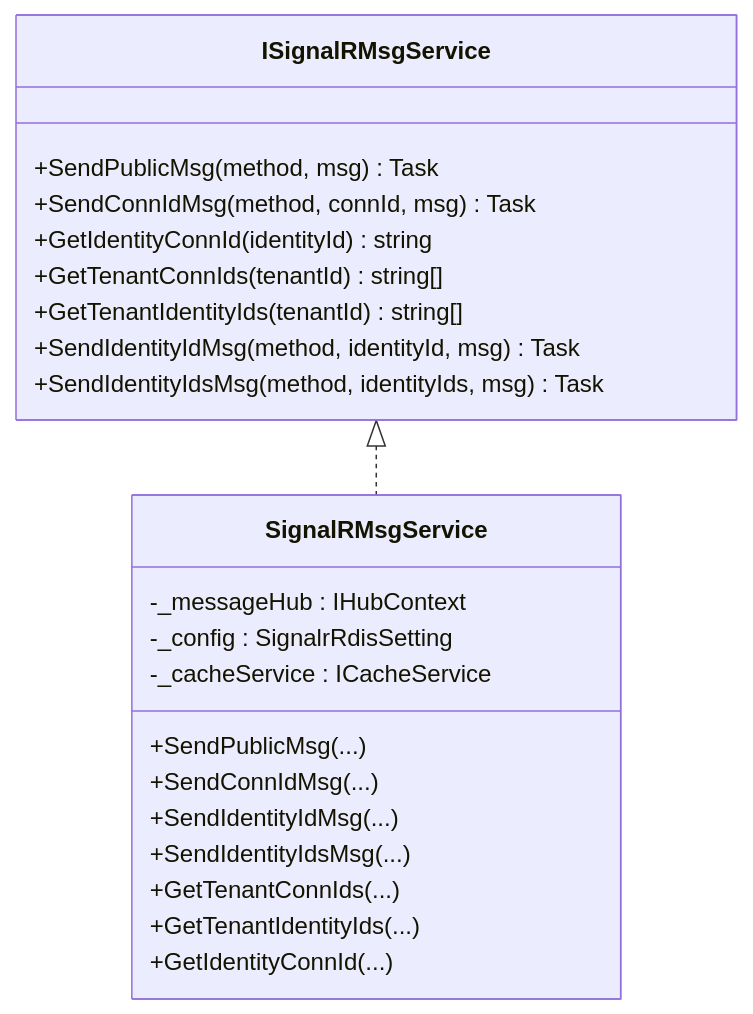
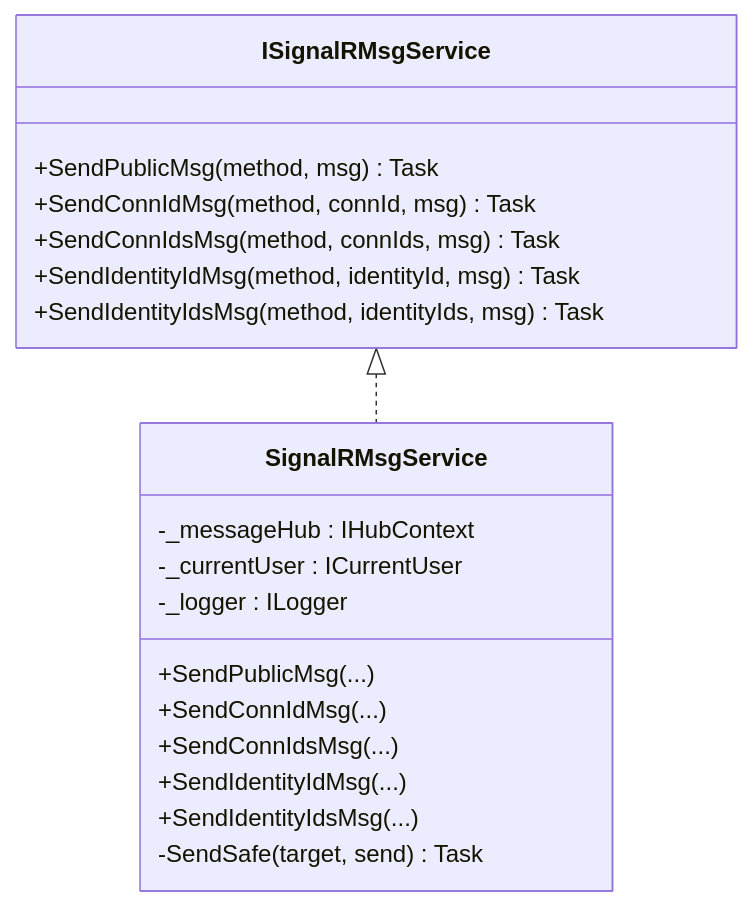
The fourth of 5 diagrams in .qoder/repowiki/zh/content/核心模块/消息系统/实时消息推送.md (junkai-li/NetCoreKevin), drawn with Mermaid before and after one commit. The commit also changed other lines of this file and 40 other files, not shown here.

````diff
--- a/.qoder/repowiki/zh/content/核心模块/消息系统/实时消息推送.md
+++ b/.qoder/repowiki/zh/content/核心模块/消息系统/实时消息推送.md
@@ -183,25 +186,22 @@
 ```mermaid
 classDiagram
 class ISignalRMsgService {
 +SendPublicMsg(method, msg) Task
 +SendConnIdMsg(method, connId, msg) Task
-+GetIdentityConnId(identityId) string
-+GetTenantConnIds(tenantId) string[]
-+GetTenantIdentityIds(tenantId) string[]
++SendConnIdsMsg(method, connIds, msg) Task
 +SendIdentityIdMsg(method, identityId, msg) Task
 +SendIdentityIdsMsg(method, identityIds, msg) Task
 }
 class SignalRMsgService {
 -_messageHub : IHubContext<MySignalRHub>
--_config : SignalrRdisSetting
--_cacheService : ICacheService
+-_currentUser : ICurrentUser
+-_logger : ILogger
 +SendPublicMsg(...)
 +SendConnIdMsg(...)
++SendConnIdsMsg(...)
 +SendIdentityIdMsg(...)
 +SendIdentityIdsMsg(...)
-+GetTenantConnIds(...)
-+GetTenantIdentityIds(...)
-+GetIdentityConnId(...)
+-SendSafe(target, send) Task
 }
 ISignalRMsgService <|.. SignalRMsgService
 ```
````
